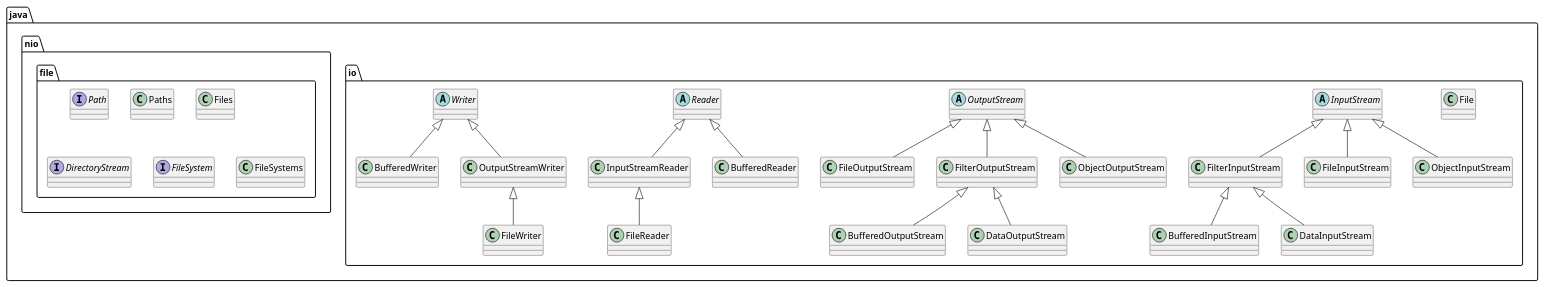
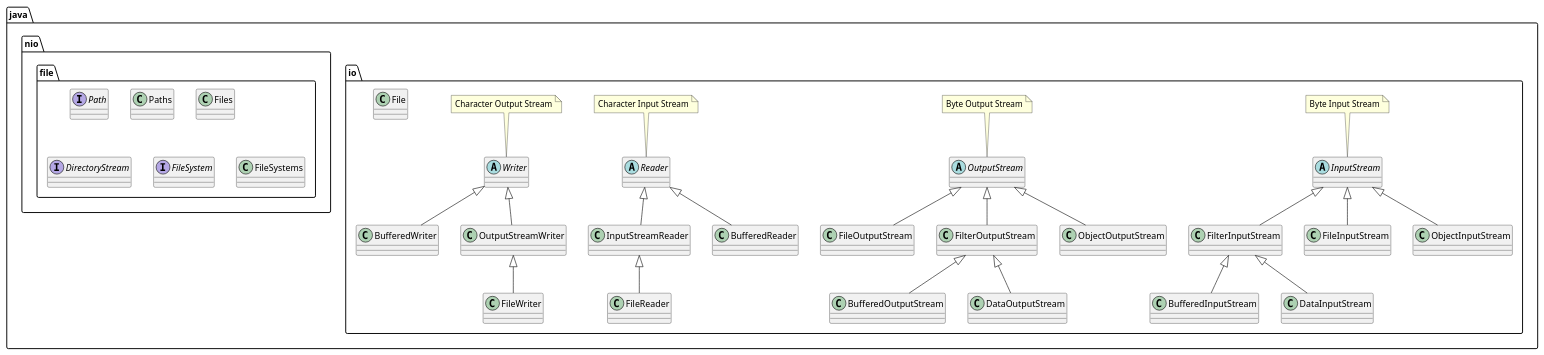
The diagram in lectures/examples/12-file/doc/file-names.plantuml (caioamorim7/poo), drawn with PlantUML before and after one commit. The commit also changed 2 other files, not shown here.

```diff
--- a/lectures/examples/12-file/doc/file-names.plantuml
+++ b/lectures/examples/12-file/doc/file-names.plantuml
@@ -1,48 +1,52 @@
 @startuml file-names
 skinparam classAttributeIconSize 0
 
 
 package "java.io" {
 
-    class File
-
     abstract class InputStream
+    note top: Byte Input Stream
 
     class FilterInputStream extends InputStream
     class BufferedInputStream extends FilterInputStream
     class DataInputStream extends FilterInputStream
     class FileInputStream extends InputStream
     class ObjectInputStream extends InputStream
 
     abstract class OutputStream
+    note top: Byte Output Stream
 
     class FileOutputStream extends OutputStream
     class FilterOutputStream extends OutputStream
     class BufferedOutputStream extends FilterOutputStream
     class DataOutputStream extends FilterOutputStream
     class ObjectOutputStream extends OutputStream
-
+    
     abstract class Reader
+    note top: Character Input Stream
     
     class InputStreamReader extends Reader
     class FileReader extends InputStreamReader
     class BufferedReader extends Reader
 
     abstract class Writer
+    note top: Character Output Stream
 
     class BufferedWriter extends Writer
     class OutputStreamWriter extends Writer
     class FileWriter extends OutputStreamWriter
 
+    class File
+    'Representação de um arquivo/diretório
 }
 
 package "java.nio.file" {
     interface Path
     class Paths
     class Files
     interface DirectoryStream
     interface FileSystem
     class FileSystems
 }
 
 @enduml
```
